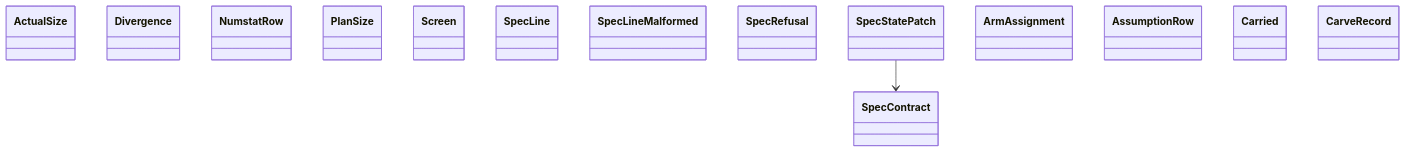
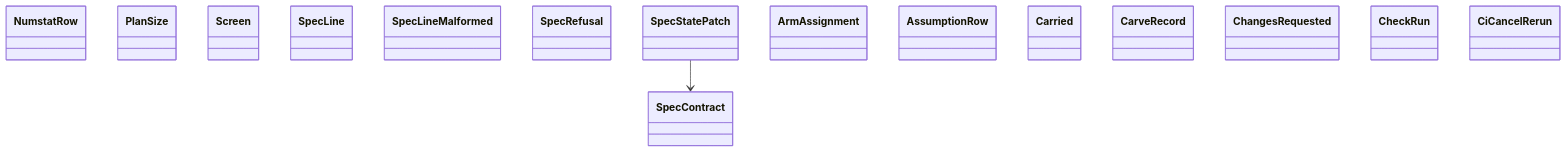
Before and after one commit to GonzaloZevallos/agentic-system: the diagram in docs/architecture/generated/classes-process-domain-state-3.md, drawn with Mermaid. The commit also changed other lines of this file and 10 other files, not shown here.

````diff
--- a/docs/architecture/generated/classes-process-domain-state-3.md
+++ b/docs/architecture/generated/classes-process-domain-state-3.md
@@ -28,18 +28,19 @@
 ```mermaid
 classDiagram
-    class size_budget__ActualSize["ActualSize"]
-    class size_budget__Divergence["Divergence"]
     class size_budget__NumstatRow["NumstatRow"]
     class size_budget__PlanSize["PlanSize"]
     class spec_delivery__Screen["Screen"]
     class spec_delivery__SpecContract["SpecContract"]
     class spec_delivery__SpecLine["SpecLine"]
     class spec_delivery__SpecLineMalformed["SpecLineMalformed"]
     class spec_delivery__SpecRefusal["SpecRefusal"]
     class spec_delivery__SpecStatePatch["SpecStatePatch"]
     class task__ArmAssignment["ArmAssignment"]
     class task__AssumptionRow["AssumptionRow"]
     class task__Carried["Carried"]
     class task__CarveRecord["CarveRecord"]
+    class task__ChangesRequested["ChangesRequested"]
+    class task__CheckRun["CheckRun"]
+    class task__CiCancelRerun["CiCancelRerun"]
     spec_delivery__SpecStatePatch --> spec_delivery__SpecContract
 ```
````
